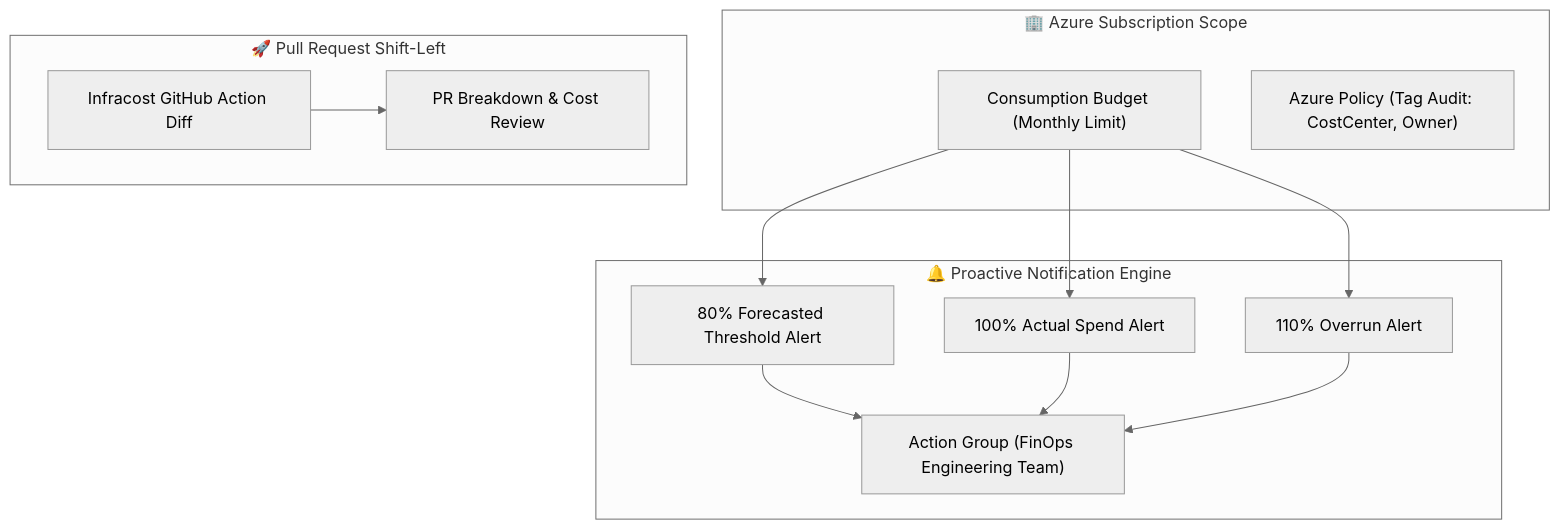
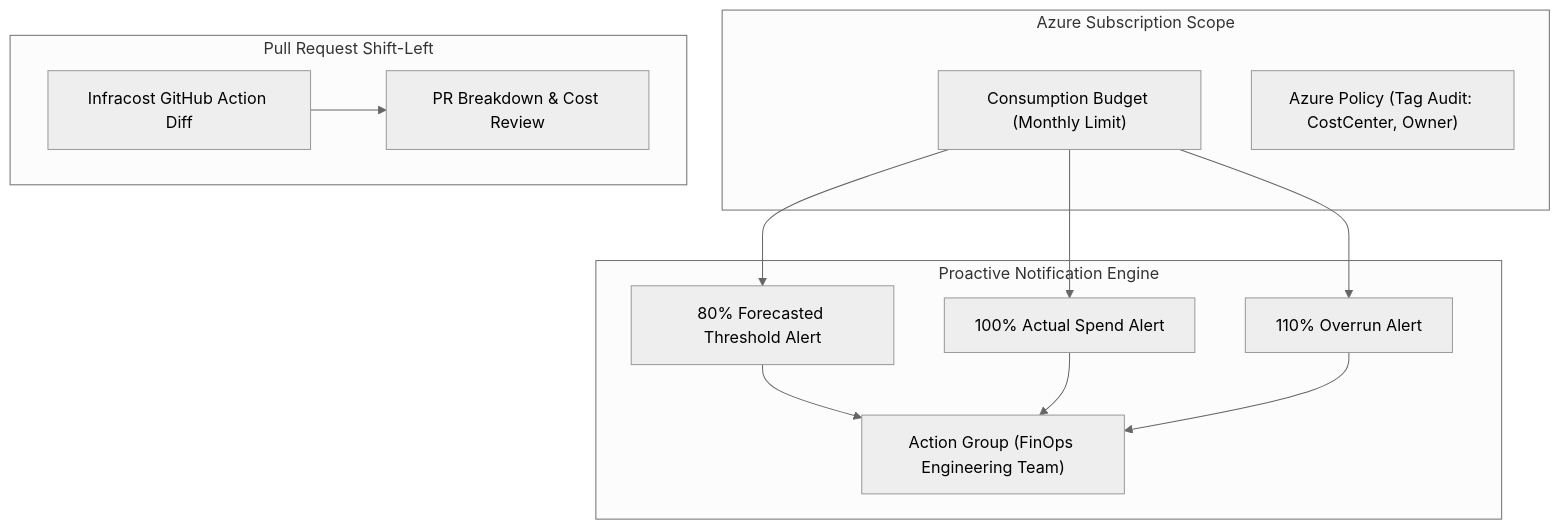
Before and after one commit to sanjiivsingh/azure-finops-guardrails: the diagram in README.md, drawn with Mermaid (neutral theme). The commit also changed other lines of this file, not shown here.

````diff
--- a/README.md
+++ b/README.md
@@ -13,24 +16,24 @@
 ```mermaid
 flowchart TD
-    subgraph Subscription["🏢 Azure Subscription Scope"]
+    subgraph Subscription["Azure Subscription Scope"]
         BUDGET["Consumption Budget (Monthly Limit)"]
         POLICY["Azure Policy (Tag Audit: CostCenter, Owner)"]
     end
 
-    subgraph Alerts["🔔 Proactive Notification Engine"]
+    subgraph Alerts["Proactive Notification Engine"]
         F80["80% Forecasted Threshold Alert"]
         A100["100% Actual Spend Alert"]
         A110["110% Overrun Alert"]
         AG["Action Group (FinOps Engineering Team)"]
     end
 
-    subgraph CI["🚀 Pull Request Shift-Left"]
+    subgraph CI["Pull Request Shift-Left"]
         INFRA["Infracost GitHub Action Diff"]
         PR["PR Breakdown & Cost Review"]
     end
 
     BUDGET --> F80 --> AG
     BUDGET --> A100 --> AG
     BUDGET --> A110 --> AG
     INFRA --> PR
 ```
````
